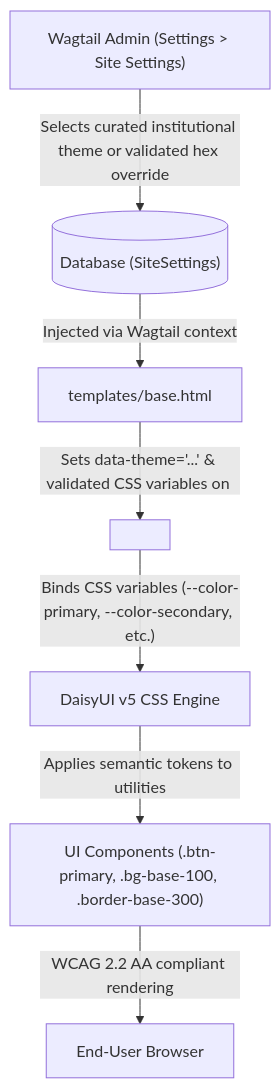
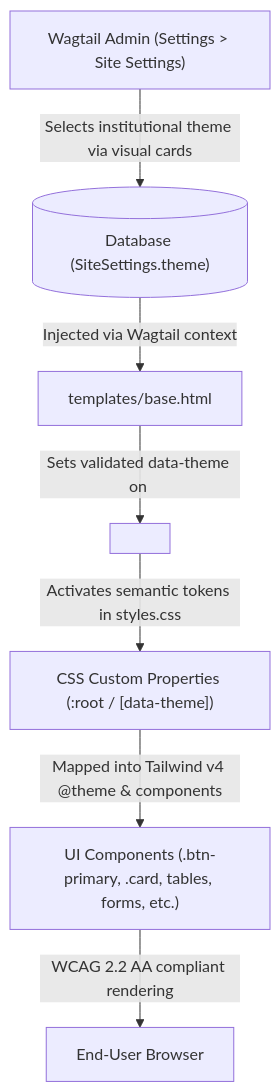
Before and after one commit to AmruthLP12/institutional-cms: the diagram in docs/theming.md, drawn with Mermaid. The commit also changed other lines of this file and 16 other files, not shown here.

First line of the commit message:
feat: Implement institutional themes for site settings

````diff
--- a/docs/theming.md
+++ b/docs/theming.md
@@ -13,9 +13,9 @@
 ```mermaid
 flowchart TD
-    Admin["Wagtail Admin (Settings > Site Settings)"] -->|"Selects curated institutional theme or validated hex override"| DB[("Database (SiteSettings)")]
+    Admin["Wagtail Admin (Settings > Site Settings)"] -->|"Selects institutional theme via visual cards"| DB[("Database (SiteSettings.theme)")]
     DB -->|"Injected via Wagtail context"| BaseTpl["templates/base.html"]
-    BaseTpl -->|"Sets data-theme='...' & validated CSS variables on <html>"| RootHTML["<html data-theme='corporate' style='...'>"]
-    RootHTML -->|"Binds CSS variables (--color-primary, --color-secondary, etc.)"| DaisyUI["DaisyUI v5 CSS Engine"]
-    DaisyUI -->|"Applies semantic tokens to utilities"| Components["UI Components (.btn-primary, .bg-base-100, .border-base-300)"]
+    BaseTpl -->|"Sets validated data-theme on <html>"| RootHTML["<html data-theme='academic-blue'>"]
+    RootHTML -->|"Activates semantic tokens in styles.css"| CSSTokens["CSS Custom Properties (:root / [data-theme])"]
+    CSSTokens -->|"Mapped into Tailwind v4 @theme & components"| Components["UI Components (.btn-primary, .card, tables, forms, etc.)"]
     Components -->|"WCAG 2.2 AA compliant rendering"| Browser["End-User Browser"]
 ```
````
